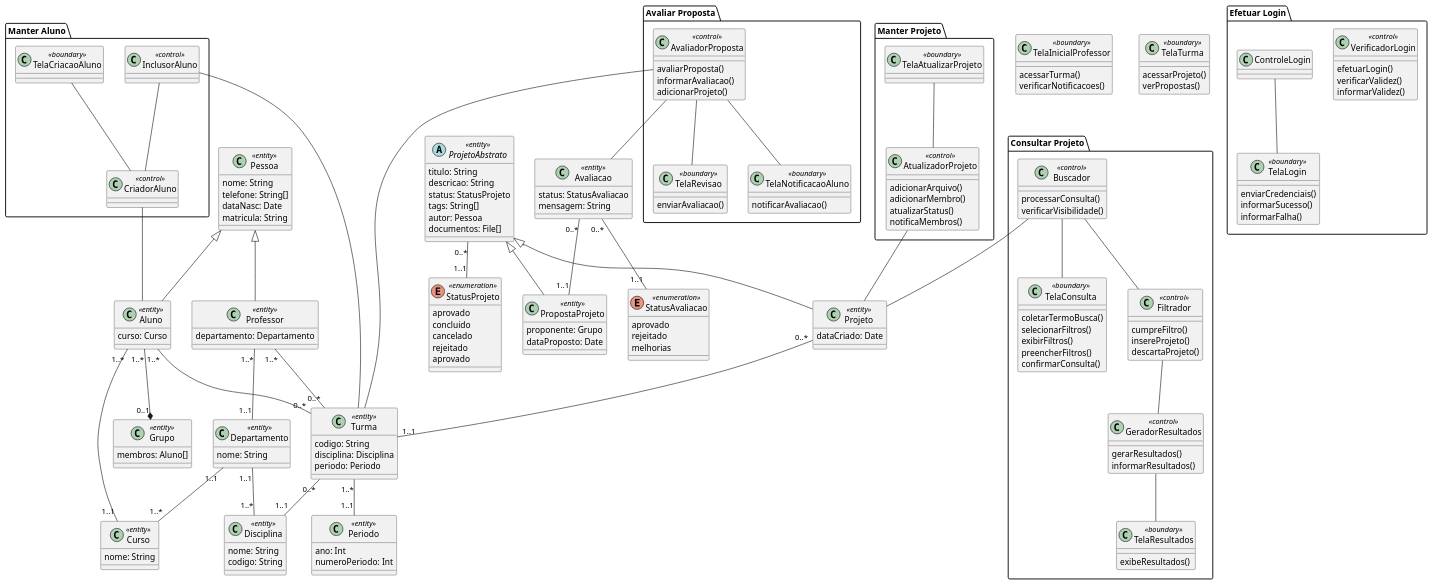
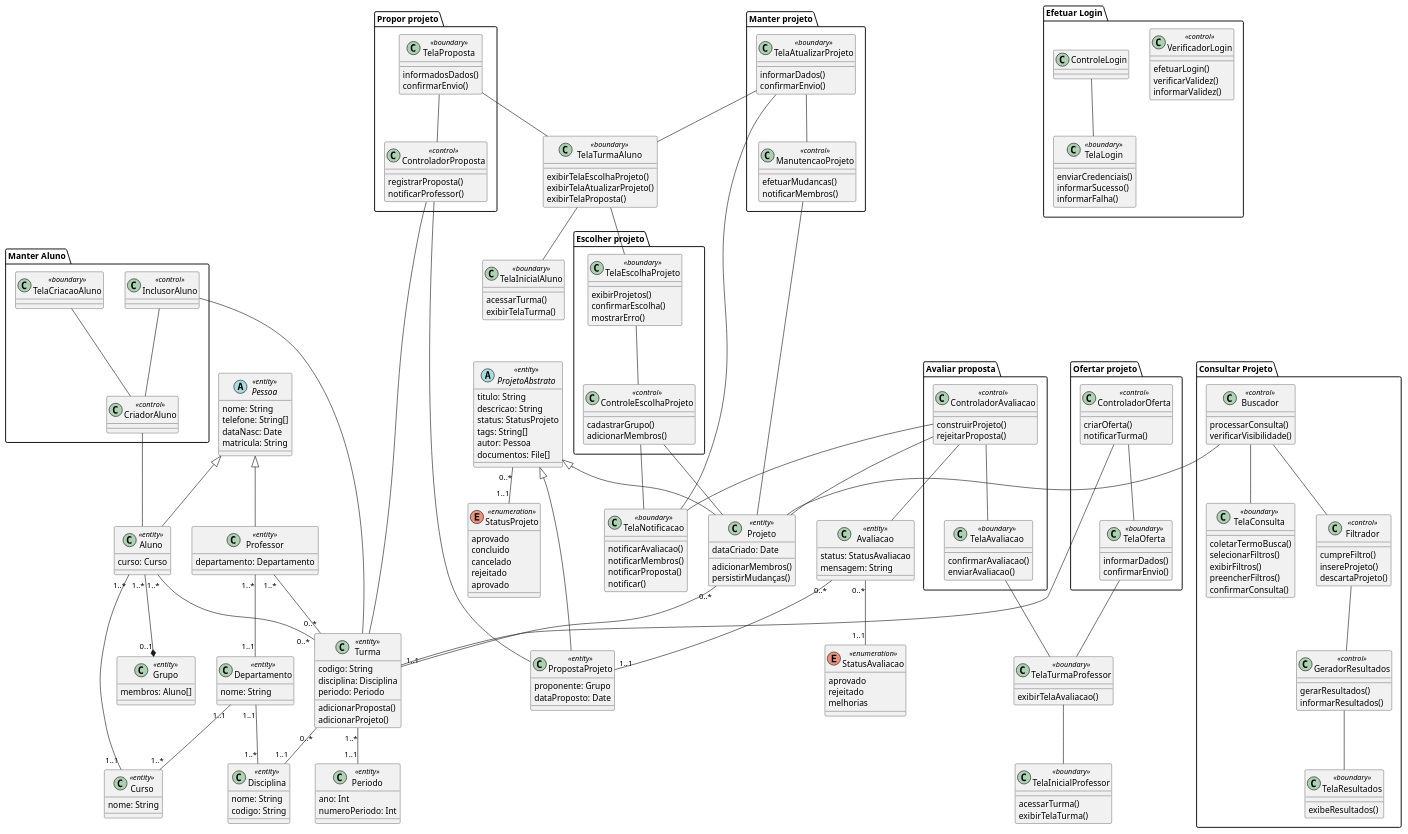
Before and after one commit to Pedro-V/projetorium: the diagram in diagramas/classe_projeto.puml, drawn with PlantUML. The commit also changed 5 other files, not shown here.

Commit message:
Primeiros usecases feitos nos diagramas de classe e sequencia

```diff
--- a/diagramas/classe_projeto.puml
+++ b/diagramas/classe_projeto.puml
@@ -1,5 +1,5 @@
 @startuml
-class Pessoa <<entity>> {
+abstract class Pessoa <<entity>> {
   nome: String
   telefone: String[]
   dataNasc: Date
@@ -50,12 +50,16 @@
 
 class Projeto <<entity>> {
   dataCriado: Date
+  adicionarMembros()
+  persistirMudanças()
 }
 
 class Turma <<entity>> {
   codigo: String
   disciplina: Disciplina
   periodo: Periodo
+  adicionarProposta()
+  adicionarProjeto()
 }
 
 class Periodo <<entity>> {
@@ -104,14 +108,120 @@
 ProjetoAbstrato "0..*" -- "1..1" StatusProjeto
 Projeto "0..*" -- "1..1" Turma
 
+class TelaNotificacao <<boundary>> {
+  notificarAvaliacao()
+  notificarMembros()
+  notificarProposta()
+  notificar()
+}
+
+class TelaInicialAluno <<boundary>> {
+  acessarTurma()
+  exibirTelaTurma()
+}
+
 class TelaInicialProfessor <<boundary>> {
   acessarTurma()
-  verificarNotificacoes()
+  exibirTelaTurma()
 }
 
-class TelaTurma <<boundary>> {
-  acessarProjeto()
-  verPropostas()
+class TelaTurmaAluno <<boundary>> {
+  exibirTelaEscolhaProjeto()
+  exibirTelaAtualizarProjeto()
+  exibirTelaProposta()
+}
+
+class TelaTurmaProfessor <<boundary>> {
+  exibirTelaAvaliacao()
+}
+
+TelaTurmaAluno -- TelaInicialAluno
+TelaTurmaProfessor -- TelaInicialProfessor
+
+package "Escolher projeto" {
+  class TelaEscolhaProjeto <<boundary>> {
+    exibirProjetos()
+    confirmarEscolha()
+    mostrarErro()
+  }
+
+  class ControleEscolhaProjeto <<control>> {
+    cadastrarGrupo()
+    adicionarMembros()
+  }
+
+  TelaTurmaAluno -- TelaEscolhaProjeto
+  TelaEscolhaProjeto -- ControleEscolhaProjeto
+  ControleEscolhaProjeto -- TelaNotificacao
+  ControleEscolhaProjeto -- Projeto
+}
+
+package "Propor projeto" {
+  class TelaProposta <<boundary>> {
+    informadosDados()
+    confirmarEnvio()
+  }
+
+  class ControladorProposta <<control>> {
+    registrarProposta()
+    notificarProfessor()
+  }
+
+  TelaProposta -- TelaTurmaAluno
+  TelaProposta -- ControladorProposta
+  ControladorProposta -- PropostaProjeto
+  ControladorProposta -- Turma
+}
+
+package "Manter projeto" {
+  class TelaAtualizarProjeto <<boundary>> {
+    informarDados()
+    confirmarEnvio()
+  }
+
+  class ManutencaoProjeto <<control>> {
+    efetuarMudancas()
+    notificarMembros()
+  }
+
+  ManutencaoProjeto -- Projeto
+  TelaAtualizarProjeto -- ManutencaoProjeto
+  TelaAtualizarProjeto -- TelaNotificacao
+  TelaAtualizarProjeto -- TelaTurmaAluno
+}
+
+package "Avaliar proposta" {
+  class TelaAvaliacao <<boundary>> {
+    confirmarAvaliacao()
+    enviarAvaliacao()
+  }
+
+  class ControladorAvaliacao <<control>> {
+    construirProjeto()
+    rejeitarProposta()
+  }
+
+  TelaAvaliacao -- TelaTurmaProfessor
+  ControladorAvaliacao -- TelaAvaliacao
+  ControladorAvaliacao -- Projeto
+  ControladorAvaliacao -- Avaliacao
+  ControladorAvaliacao -- TelaNotificacao
+}
+
+package "Ofertar projeto" {
+  class TelaOferta <<boundary>> {
+    informarDados()
+    confirmarEnvio()
+  }
+  
+  class ControladorOferta <<control>> {
+    criarOferta()
+    notificarTurma()
+  }
+
+  TelaOferta -- TelaTurmaProfessor
+  ControladorOferta -- TelaOferta
+  ControladorOferta -- Turma
 }
 
 package "Manter Aluno" {
@@ -123,21 +233,6 @@
   InclusorAluno -- Turma
   CriadorAluno -- Aluno
   InclusorAluno -- CriadorAluno
-}
-
-package "Manter Projeto" {
-  class TelaAtualizarProjeto <<boundary>> {
-  }
-
-  class AtualizadorProjeto <<control>> {
-    adicionarArquivo()
-    adicionarMembro()
-    atualizarStatus()
-    notificaMembros()
-  }
-
-  AtualizadorProjeto -- Projeto
-  TelaAtualizarProjeto -- AtualizadorProjeto
 }
 
 package "Consultar Projeto" {
@@ -174,27 +269,6 @@
   GeradorResultados -- TelaResultados
 }
 
-package "Avaliar Proposta" {
-  class TelaRevisao <<boundary>> {
-    enviarAvaliacao()
-  }
-
-  class AvaliadorProposta <<control>> {
-    avaliarProposta()
-    informarAvaliacao()
-    adicionarProjeto()
-  }
-
-  class TelaNotificacaoAluno <<boundary>> {
-    notificarAvaliacao()
-  }
-
-  AvaliadorProposta -- TelaRevisao
-  AvaliadorProposta -- Turma
-  AvaliadorProposta -- Avaliacao
-  AvaliadorProposta -- TelaNotificacaoAluno
-}
-
 package "Efetuar Login" {
   class TelaLogin <<boundary>> {
     enviarCredenciais()
```
